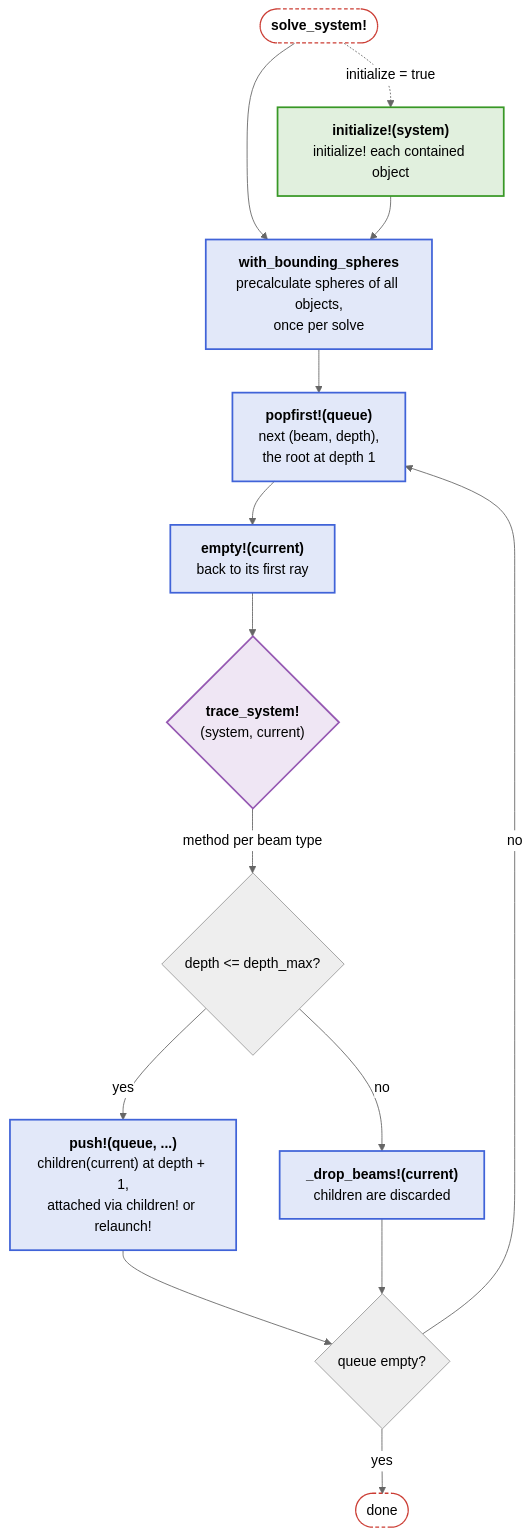
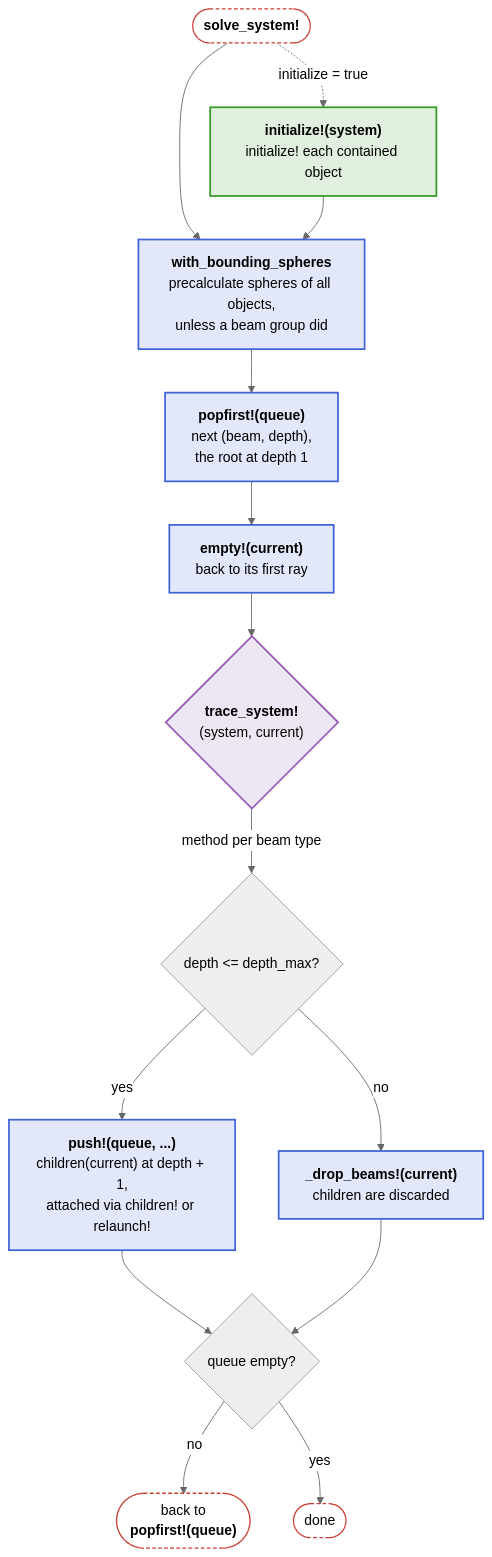
The fifth of 6 diagrams in docs/src/api/core.md (JuliaPhysics/BeamletOptics.jl), drawn with Mermaid (neutral theme) before and after one commit. The commit also changed other lines of this file and 63 other files, not shown here.

First line of the commit message:
Docs: align docs and docstrings with the code, drop color legends of the diagrams

````diff
--- a/docs/src/api/core.md
+++ b/docs/src/api/core.md
@@ -245,33 +248,34 @@
 ```mermaid
 flowchart TB
     S(["<b>solve_system!</b>"])
     INI["<b>initialize!(system)</b><br/>initialize! each contained object"]
-    BS["<b>with_bounding_spheres</b><br/>precalculate spheres of all objects,<br/>once per solve"]
+    BS["<b>with_bounding_spheres</b><br/>precalculate spheres of all objects,<br/>unless a beam group did"]
     Q["<b>popfirst!(queue)</b><br/>next (beam, depth),<br/>the root at depth 1"]
     EM["<b>empty!(current)</b><br/>back to its first ray"]
     TS{"<b>trace_system!</b><br/>(system, current)"}
     D{"depth #lt;= depth_max?"}
     ENQ["<b>push!(queue, ...)</b><br/>children(current) at depth + 1,<br/>attached via children! or relaunch!"]
     DROP["<b>_drop_beams!(current)</b><br/>children are discarded"]
     QE{"queue empty?"}
+    BQ(["back to<br/><b>popfirst!(queue)</b>"])
     E([done])
 
     S -. "initialize = true" .-> INI
     S --> BS
     INI --> BS
     BS --> Q --> EM --> TS
     TS -- "method per beam type" --> D
     D -- yes --> ENQ --> QE
     D -- no --> DROP --> QE
-    QE -- no --> Q
+    QE -- no --> BQ
     QE -- yes --> E
 
     classDef blue fill:#4063D826,stroke:#4063D8,stroke-width:2px
     classDef green fill:#38982626,stroke:#389826,stroke-width:2px
     classDef purple fill:#9558B226,stroke:#9558B2,stroke-width:2px
     classDef terminal fill:transparent,stroke:#CB3C33,stroke-width:1.5px,stroke-dasharray:4 3
     class BS,Q,EM,ENQ,DROP blue
     class INI green
     class TS purple
-    class S,E terminal
+    class S,E,BQ terminal
 ```
````
